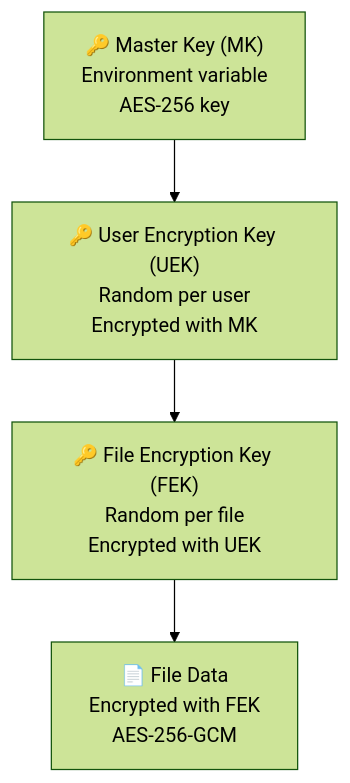
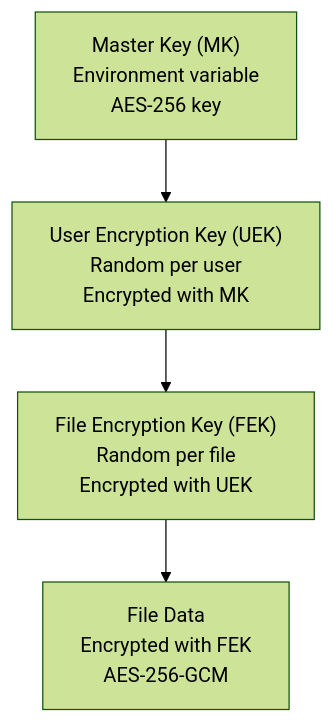
Before and after one commit to MariaDB-Hackathon-MY-2026/securevault: the diagram in docs/04-security-design.md, drawn with Mermaid (forest theme). The commit also changed other lines of this file and 16 other files, not shown here.

````diff
--- a/docs/04-security-design.md
+++ b/docs/04-security-design.md
@@ -7,7 +7,6 @@
 ```mermaid
 graph TD
-    MK["🔑 Master Key (MK)<br/>Environment variable<br/>AES-256 key"]
-    --> UEK["🔑 User Encryption Key (UEK)<br/>Random per user<br/>Encrypted with MK"]
-    --> FEK["🔑 File Encryption Key (FEK)<br/>Random per file<br/>Encrypted with UEK"]
-    --> FILE["📄 File Data<br/>Encrypted with FEK<br/>AES-256-GCM"]
+    MK["Master Key (MK)<br/>Environment variable<br/>AES-256 key"] --> UEK["User Encryption Key (UEK)<br/>Random per user<br/>Encrypted with MK"]
+    UEK --> FEK["File Encryption Key (FEK)<br/>Random per file<br/>Encrypted with UEK"]
+    FEK --> FILE["File Data<br/>Encrypted with FEK<br/>AES-256-GCM"]
 ```
````
